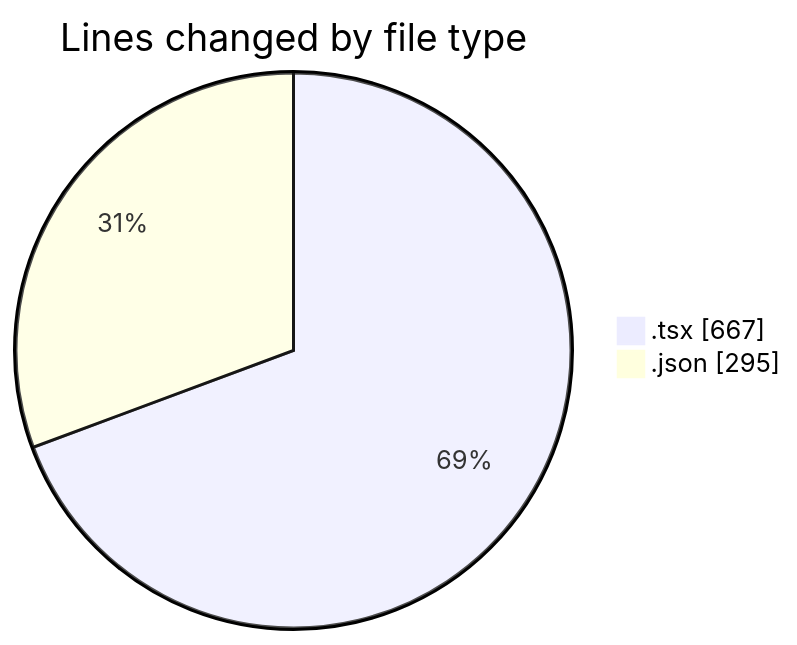
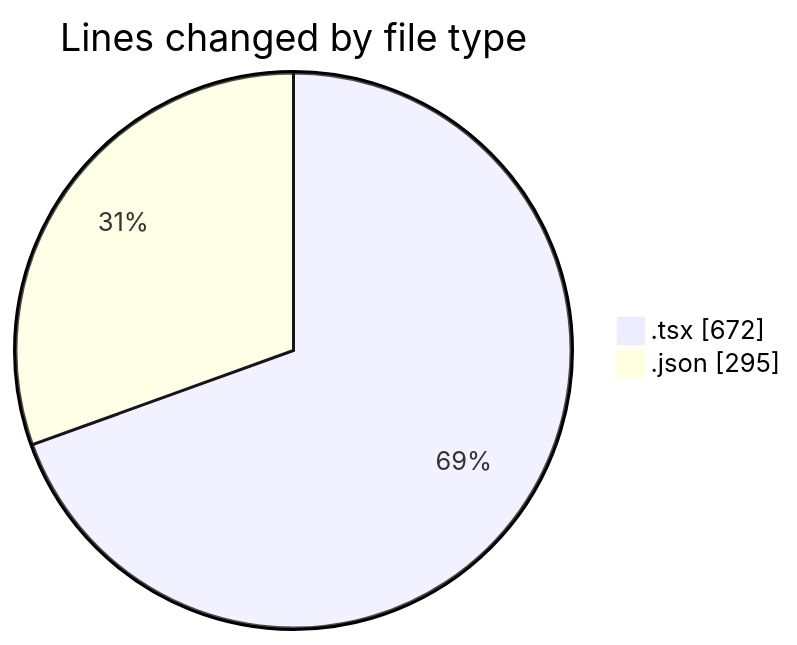
One commit to julien-gomy/code-tracking changed the first of 2 diagrams in 2025-10-11/eventscop-frontend-guide__workspace_/README.md. Above: the diagram before and after it, drawn with Mermaid. The commit also changed other lines of this file and 1 other file, not shown here.

````diff
--- a/2025-10-11/eventscop-frontend-guide__workspace_/README.md
+++ b/2025-10-11/eventscop-frontend-guide__workspace_/README.md
@@ -26,6 +26,6 @@
 ```mermaid
 pie showData
 title Lines changed by file type
-".tsx" : 667
+".tsx" : 672
 ".json" : 295
 ```
````
